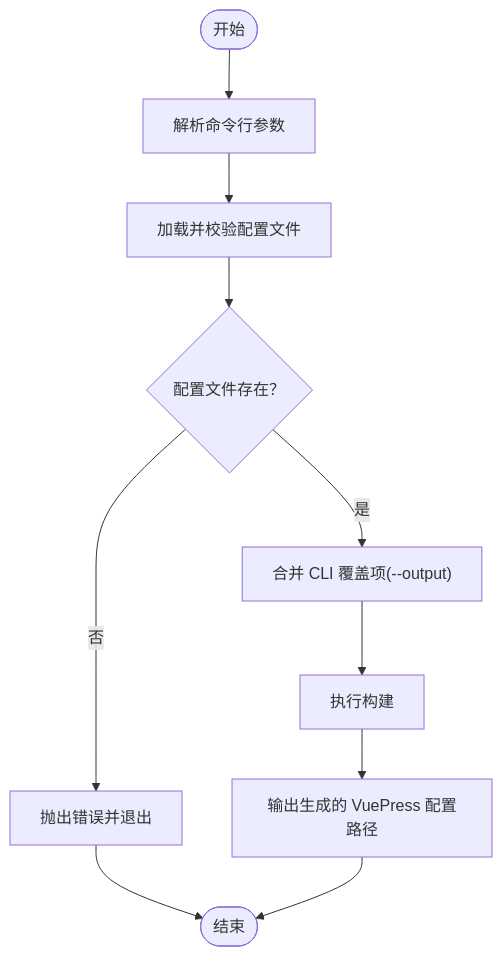
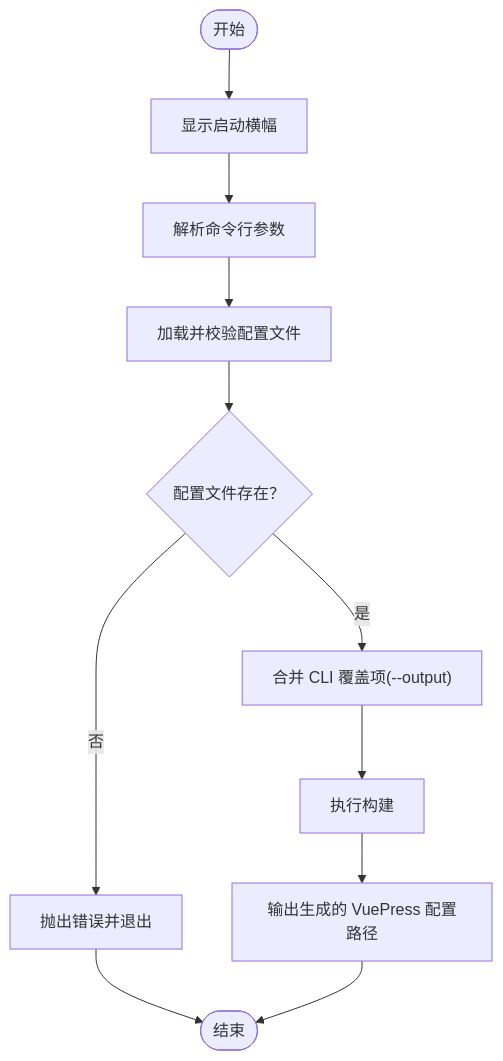
The third of 4 diagrams in .qoder/repowiki/zh/content/文档构建工具(@hz-9_docs-build)/CLI参考.md (hz-9/tool-nx), drawn with Mermaid before and after one commit. The commit also changed other lines of this file and 27 other files, not shown here.

````diff
--- a/.qoder/repowiki/zh/content/文档构建工具(@hz-9_docs-build)/CLI参考.md
+++ b/.qoder/repowiki/zh/content/文档构建工具(@hz-9_docs-build)/CLI参考.md
@@ -169,12 +214,13 @@
 ```mermaid
 flowchart TD
-START(["开始"]) --> PARSE["解析命令行参数"]
+START(["开始"]) --> BANNER["显示启动横幅"]
+BANNER --> PARSE["解析命令行参数"]
 PARSE --> LOAD["加载并校验配置文件"]
 LOAD --> EXISTS{"配置文件存在？"}
 EXISTS --> |否| ERR["抛出错误并退出"]
 EXISTS --> |是| MERGE["合并 CLI 覆盖项(--output)"]
 MERGE --> BUILD["执行构建"]
 BUILD --> DONE["输出生成的 VuePress 配置路径"]
 ERR --> END(["结束"])
 DONE --> END
 ```
````
